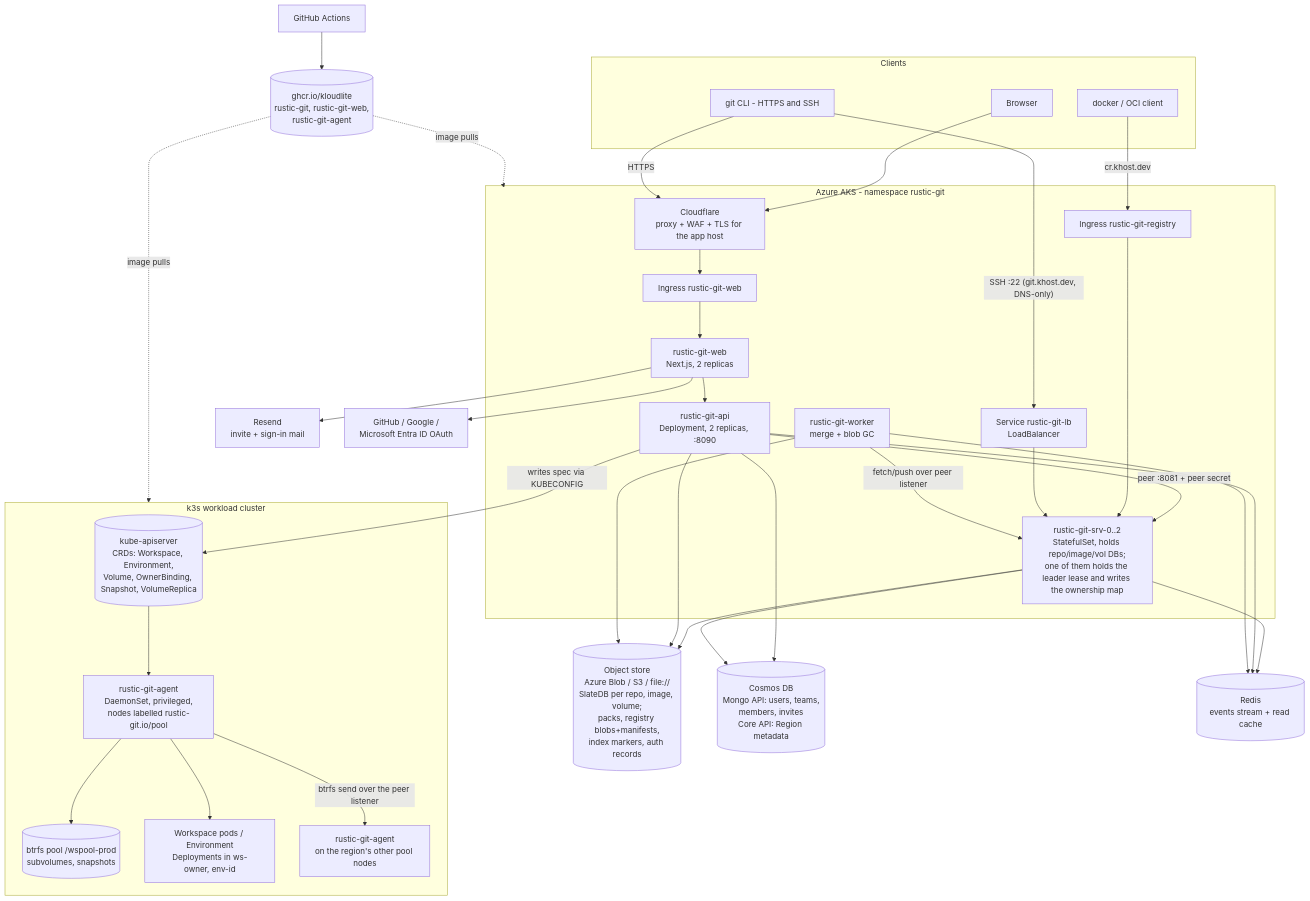
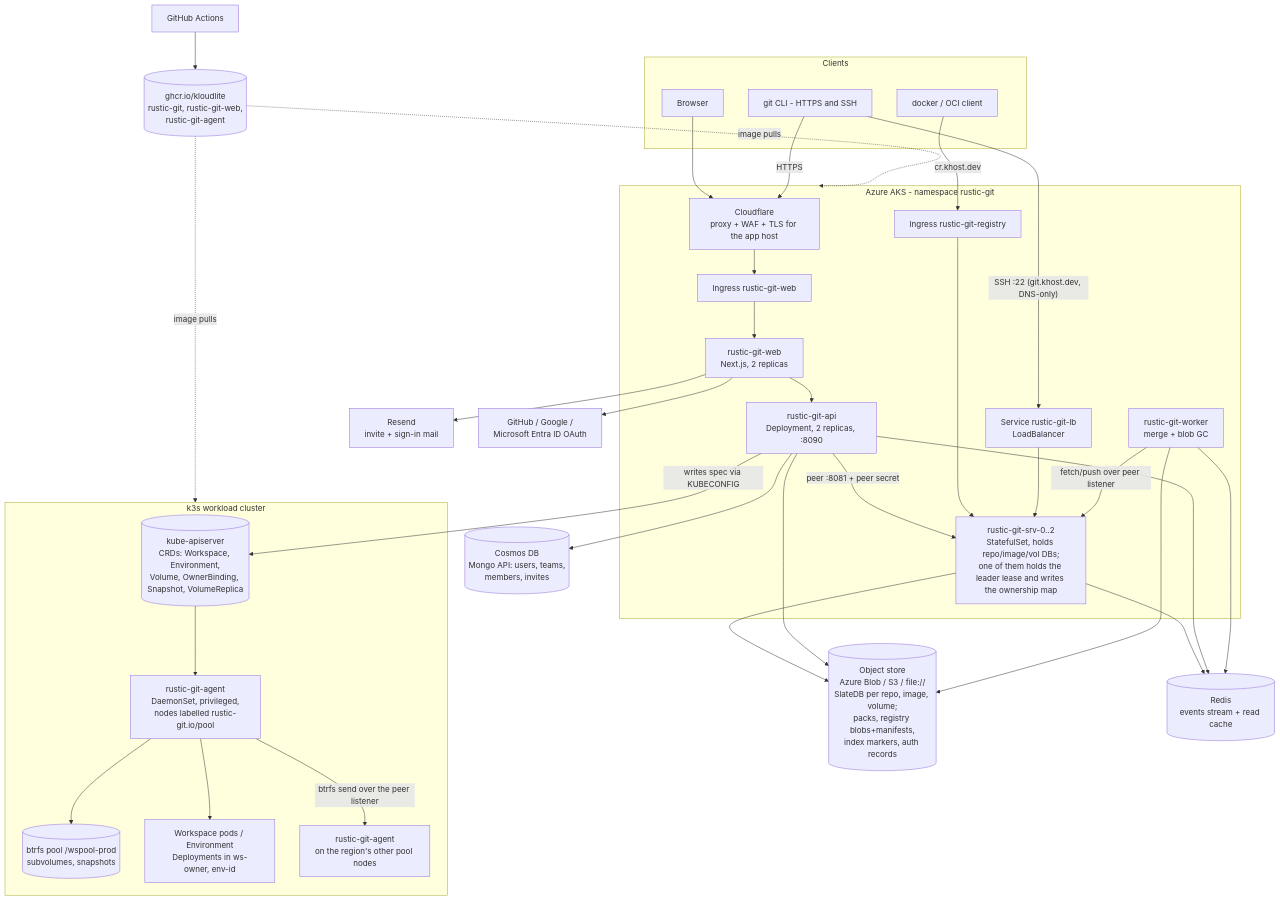
Before and after one commit to kloudlite/rustic-git: the diagram in README.md, drawn with Mermaid. The commit also changed other lines of this file and 6 other files, not shown here.

First line of the commit message:
Scrub remaining Region-Cosmos references from docs and CI

````diff
--- a/README.md
+++ b/README.md
@@ -14,62 +14,61 @@
 ```mermaid
 flowchart TB
   subgraph clients[Clients]
     U[Browser]
     G[git CLI - HTTPS and SSH]
     D[docker / OCI client]
   end
 
   CF[Cloudflare<br/>proxy + WAF + TLS for the app host]
   U --> CF
   G -- HTTPS --> CF
   G -- "SSH :22 (git.khost.dev, DNS-only)" --> LB[Service rustic-git-lb<br/>LoadBalancer]
   D -- "cr.khost.dev" --> INGR
 
   subgraph aks[Azure AKS - namespace rustic-git]
     CF --> INGW[Ingress rustic-git-web]
     INGR[Ingress rustic-git-registry]
     INGW --> WEB[rustic-git-web<br/>Next.js, 2 replicas]
     WEB --> API[rustic-git-api<br/>Deployment, 2 replicas, :8090]
     API -- "peer :8081 + peer secret" --> SRV
     INGR --> SRV
     LB --> SRV
     SRV[rustic-git-srv-0..2<br/>StatefulSet, holds repo/image/vol DBs;<br/>one of them holds the leader lease and writes the ownership map]
     WRK[rustic-git-worker<br/>merge + blob GC]
     WRK -- "fetch/push over peer listener" --> SRV
   end
 
   subgraph k3s[k3s workload cluster]
     APIS[(kube-apiserver<br/>CRDs: Workspace, Environment,<br/>Volume, OwnerBinding, Snapshot, VolumeReplica)]
     AG[rustic-git-agent<br/>DaemonSet, privileged,<br/>nodes labelled rustic-git.io/pool]
     POOL[(btrfs pool /wspool-prod<br/>subvolumes, snapshots)]
     PODS[Workspace pods / Environment<br/>Deployments in ws-owner, env-id]
     APIS --> AG
     AG --> POOL
     AG --> PODS
     AG -- "btrfs send over the peer listener" --> AG2[rustic-git-agent<br/>on the region's other pool nodes]
   end
 
   API -- "writes spec via KUBECONFIG" --> APIS
 
   OS[(Object store<br/>Azure Blob / S3 / file://<br/>SlateDB per repo, image, volume;<br/>packs, registry blobs+manifests,<br/>index markers, auth records)]
-  COS[(Cosmos DB<br/>Mongo API: users, teams,<br/>members, invites<br/>Core API: Region metadata)]
+  COS[(Cosmos DB<br/>Mongo API: users, teams,<br/>members, invites)]
   RED[(Redis<br/>events stream + read cache)]
 
   SRV --> OS
   API --> OS
   WRK --> OS
   SRV --> RED
   API --> RED
   WRK --> RED
   API --> COS
-  SRV --> COS
 
   RES[Resend<br/>invite + sign-in mail]
   OAUTH[GitHub / Google /<br/>Microsoft Entra ID OAuth]
   WEB --> RES
   WEB --> OAUTH
 
   GH[GitHub Actions] --> GHCR[(ghcr.io/kloudlite<br/>rustic-git, rustic-git-web,<br/>rustic-git-agent)]
   GHCR -.image pulls.-> aks
   GHCR -.image pulls.-> k3s
 ```
````
